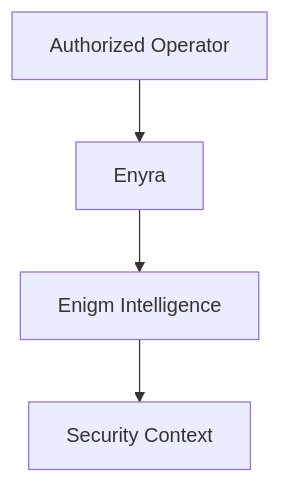
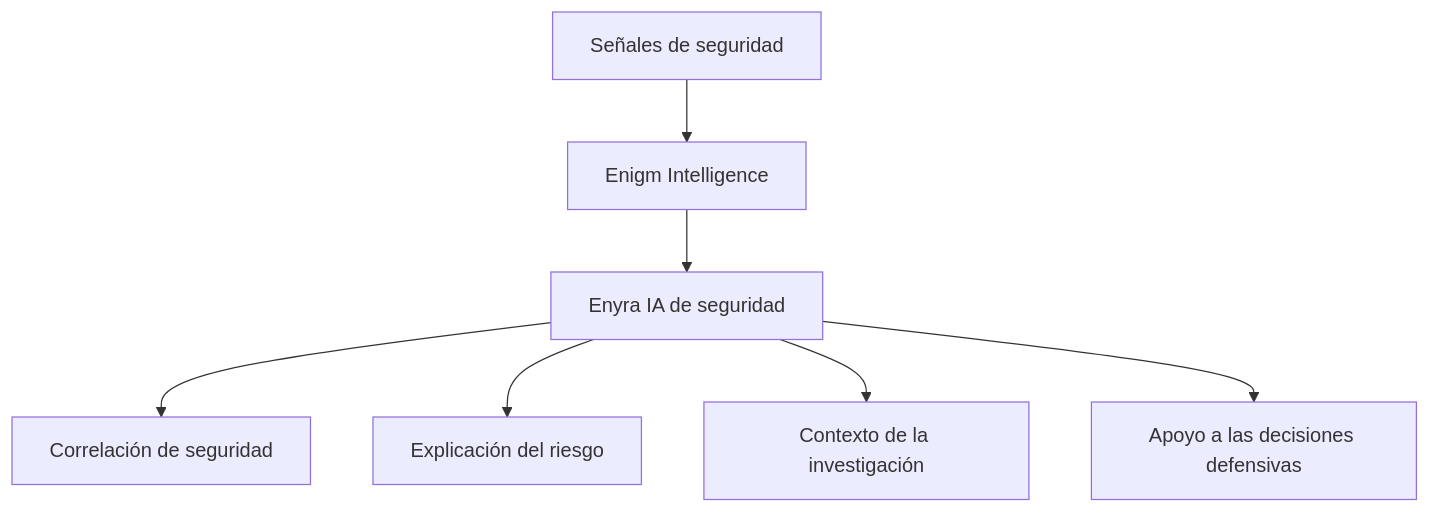
Before and after one commit to enigm-llc/docs: the diagram in es/intelligence/enyra.mdx, drawn with Mermaid. The commit also changed other lines of this file and 43 other files, not shown here.

````diff
--- a/es/intelligence/enyra.mdx
+++ b/es/intelligence/enyra.mdx
@@ -16,9 +17,17 @@
 ```mermaid
 flowchart TD
-  User["Authorized Operator"]
-  Enyra["Enyra"]
+  Signals["Señales de seguridad"]
   Intelligence["Enigm Intelligence"]
-  Context["Security Context"]
+  Enyra["Enyra IA de seguridad"]
+  Correlation["Correlación de seguridad"]
+  Risk["Explicación del riesgo"]
+  Investigation["Contexto de la investigación"]
+  Response["Apoyo a las decisiones defensivas"]
 
-  User --> Enyra --> Intelligence --> Context
+  Signals --> Intelligence
+  Intelligence --> Enyra
+  Enyra --> Correlation
+  Enyra --> Risk
+  Enyra --> Investigation
+  Enyra --> Response
 ```
````
